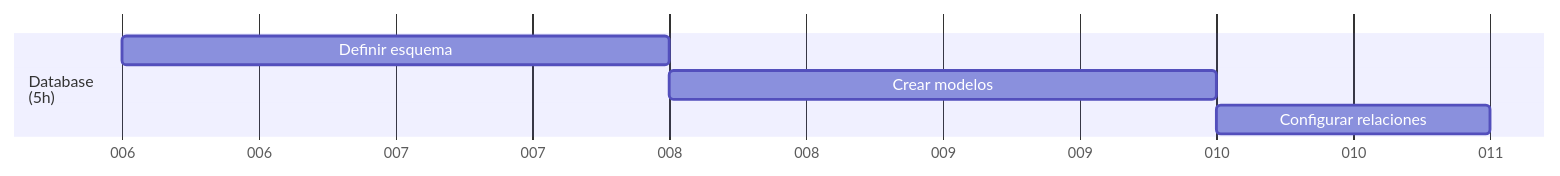
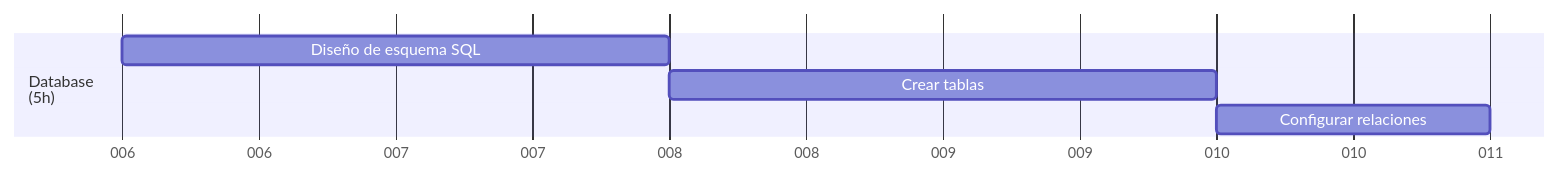
Before and after one commit to Covija97/badentracker: the first of 3 diagrams in .md/2.db.md, drawn with Mermaid. The commit also changed other lines of this file and 2 other files, not shown here.

````diff
--- a/.md/2.db.md
+++ b/.md/2.db.md
@@ -8,10 +8,10 @@
 ```mermaid
 gantt
     dateFormat  DDD
     axisFormat %j
 
     section Database<br>(5h)
-    Definir esquema             : 01-06, 2d
-    Crear modelos               : 01-08, 2d
+    Diseño de esquema SQL       : 01-06, 2d
+    Crear tablas                : 01-08, 2d
     Configurar relaciones       : 01-10, 1d
 ```
````
